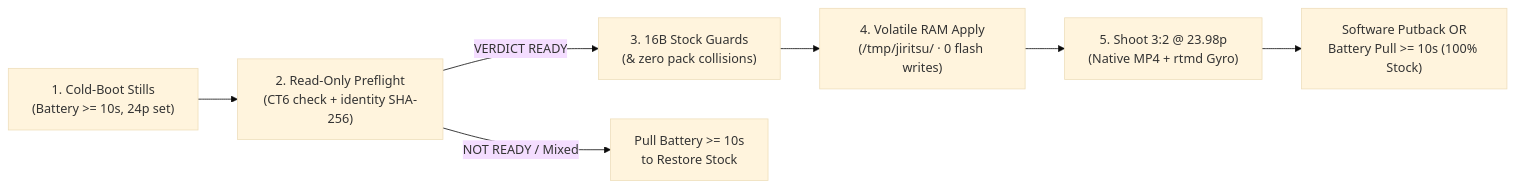
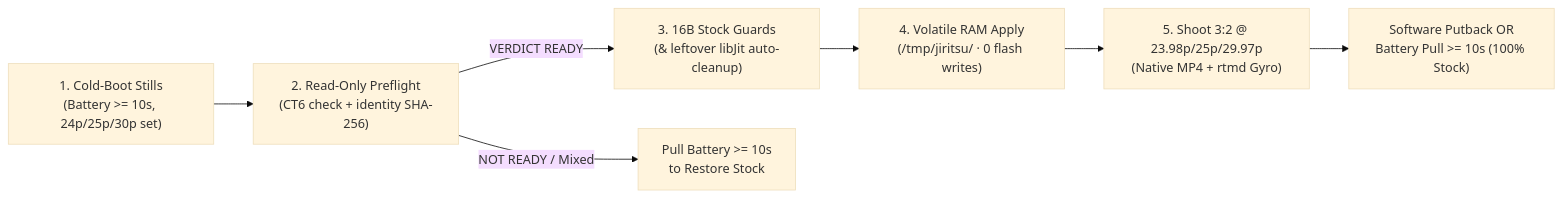
The diagram in README.md (jeromykovatana/opengate-studio), drawn with Mermaid (base theme) before and after one commit. The commit also changed other lines of this file and 63 other files, not shown here.

Commit message:
Sync 25p/30p open-gate, MULTI_REC, and leftover libJit recovery across FX3, a7S III, and ZV-E1

````diff
--- a/README.md
+++ b/README.md
@@ -169,9 +169,9 @@
 ```mermaid
 flowchart LR
-    G1["1. Cold-Boot Stills\n(Battery >= 10s, 24p set)"] --> G2["2. Read-Only Preflight\n(CT6 check + identity SHA-256)"]
-    G2 -->|"VERDICT READY"| G3["3. 16B Stock Guards\n(& zero pack collisions)"]
+    G1["1. Cold-Boot Stills\n(Battery >= 10s, 24p/25p/30p set)"] --> G2["2. Read-Only Preflight\n(CT6 check + identity SHA-256)"]
+    G2 -->|"VERDICT READY"| G3["3. 16B Stock Guards\n(& leftover libJit auto-cleanup)"]
     G2 -->|"NOT READY / Mixed"| BP["Pull Battery >= 10s\nto Restore Stock"]
     G3 --> G4["4. Volatile RAM Apply\n(/tmp/jiritsu/ · 0 flash writes)"]
-    G4 --> SHOOT["5. Shoot 3:2 @ 23.98p\n(Native MP4 + rtmd Gyro)"]
+    G4 --> SHOOT["5. Shoot 3:2 @ 23.98p/25p/29.97p\n(Native MP4 + rtmd Gyro)"]
     SHOOT --> END["Software Putback OR\nBattery Pull >= 10s (100% Stock)"]
 ```
````
